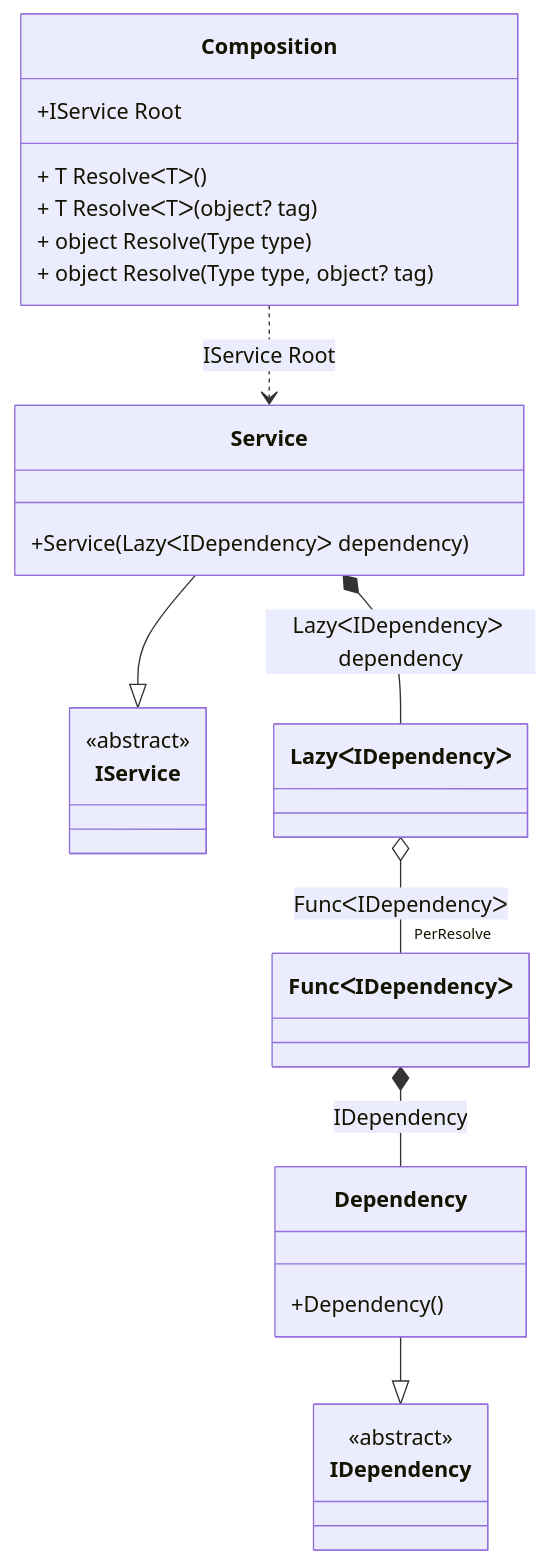
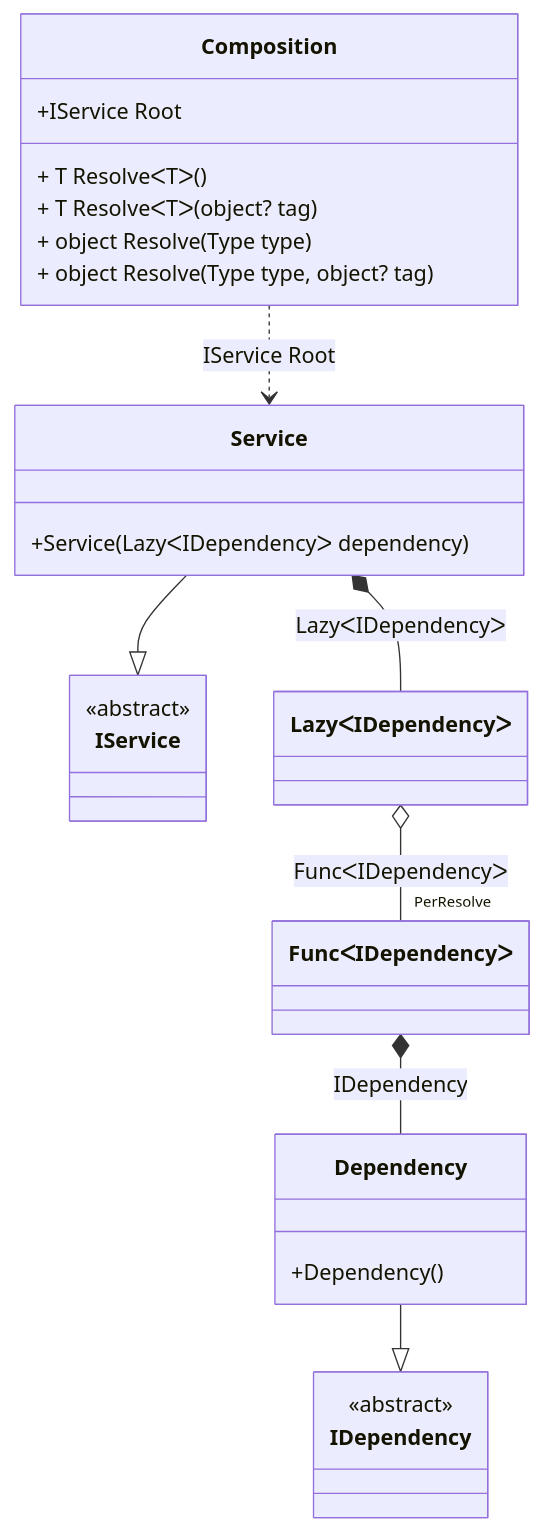
Before and after one commit to DevTeam/Pure.DI: the diagram in readme/lazy.md, drawn with Mermaid. The commit also changed other lines of this file and 84 other files, not shown here.

````diff
--- a/readme/lazy.md
+++ b/readme/lazy.md
@@ -37,30 +37,30 @@
 ```mermaid
 classDiagram
   class Composition {
     +IService Root
     + T ResolveᐸTᐳ()
     + T ResolveᐸTᐳ(object? tag)
     + object Resolve(Type type)
     + object Resolve(Type type, object? tag)
   }
   Service --|> IService : 
   class Service {
     +Service(LazyᐸIDependencyᐳ dependency)
   }
   Dependency --|> IDependency : 
   class Dependency {
     +Dependency()
   }
   class LazyᐸIDependencyᐳ
   class FuncᐸIDependencyᐳ
   class IService {
     <<abstract>>
   }
   class IDependency {
     <<abstract>>
   }
-  Service *--  LazyᐸIDependencyᐳ : LazyᐸIDependencyᐳ dependency
+  Service *--  LazyᐸIDependencyᐳ : LazyᐸIDependencyᐳ
   Composition ..> Service : IService Root
   LazyᐸIDependencyᐳ o--  "PerResolve" FuncᐸIDependencyᐳ : FuncᐸIDependencyᐳ
   FuncᐸIDependencyᐳ *--  Dependency : IDependency
 ```
````
